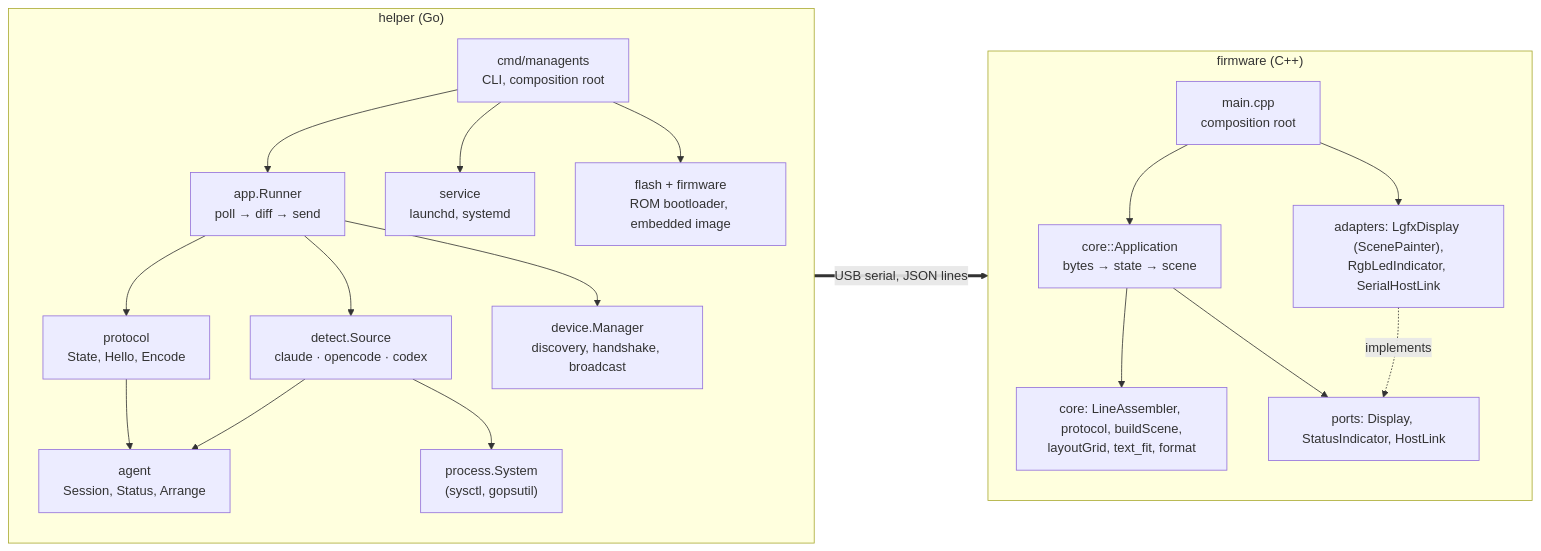
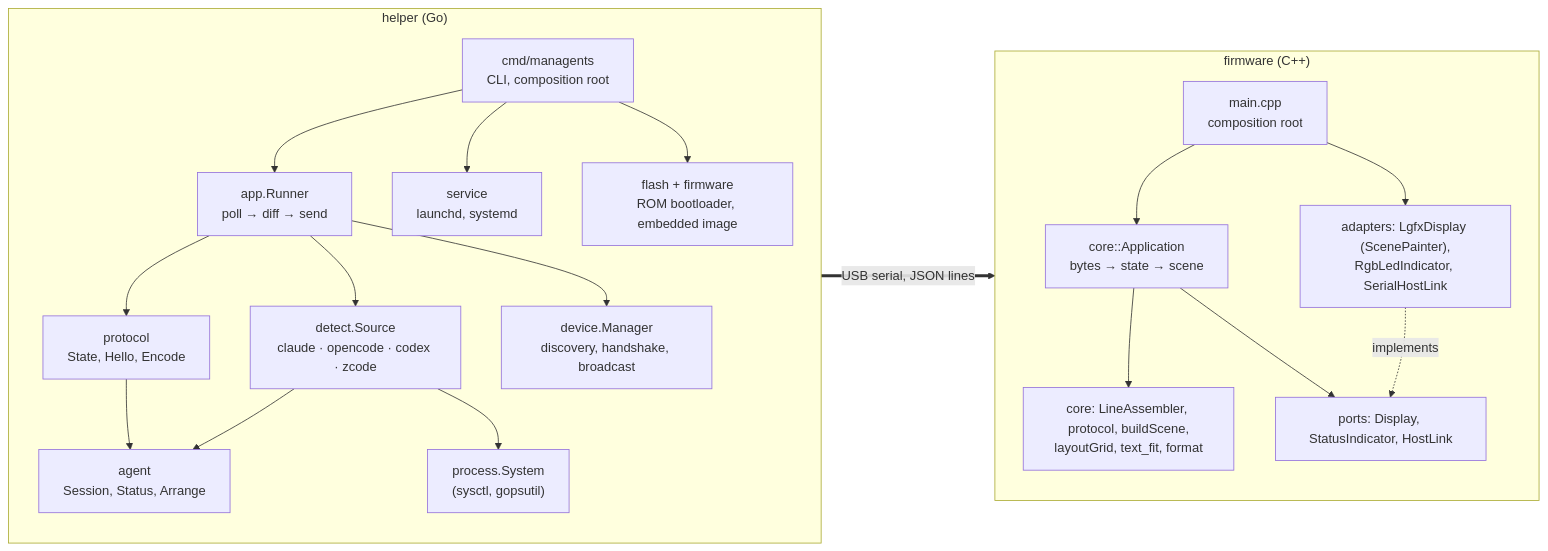
One commit to tonylook/managents changed the first of 2 diagrams in docs/architecture.md. Above: the diagram before and after it, drawn with Mermaid. The commit also changed other lines of this file and 9 other files, not shown here.

````diff
--- a/docs/architecture.md
+++ b/docs/architecture.md
@@ -12,31 +12,31 @@
 ```mermaid
 flowchart LR
     subgraph helper["helper (Go)"]
         direction TB
         cmd["cmd/managents<br/>CLI, composition root"]
         appr["app.Runner<br/>poll → diff → send"]
-        detect["detect.Source<br/>claude · opencode · codex"]
+        detect["detect.Source<br/>claude · opencode · codex · zcode"]
         agentd["agent<br/>Session, Status, Arrange"]
         proto["protocol<br/>State, Hello, Encode"]
         device["device.Manager<br/>discovery, handshake, broadcast"]
         procs["process.System<br/>(sysctl, gopsutil)"]
         svc["service<br/>launchd, systemd"]
         flash["flash + firmware<br/>ROM bootloader, embedded image"]
         cmd --> appr & svc & flash
         appr --> detect & proto & device
         detect --> agentd & procs
         proto --> agentd
     end
     subgraph firmware["firmware (C++)"]
         direction TB
         main["main.cpp<br/>composition root"]
         appc["core::Application<br/>bytes → state → scene"]
         corep["core: LineAssembler, protocol, buildScene,<br/>layoutGrid, text_fit, format"]
         ports["ports: Display, StatusIndicator, HostLink"]
         adapters["adapters: LgfxDisplay (ScenePainter),<br/>RgbLedIndicator, SerialHostLink"]
         main --> appc & adapters
         appc --> corep & ports
         adapters -. implements .-> ports
     end
     device == "USB serial, JSON lines" ==> main
 ```
````
